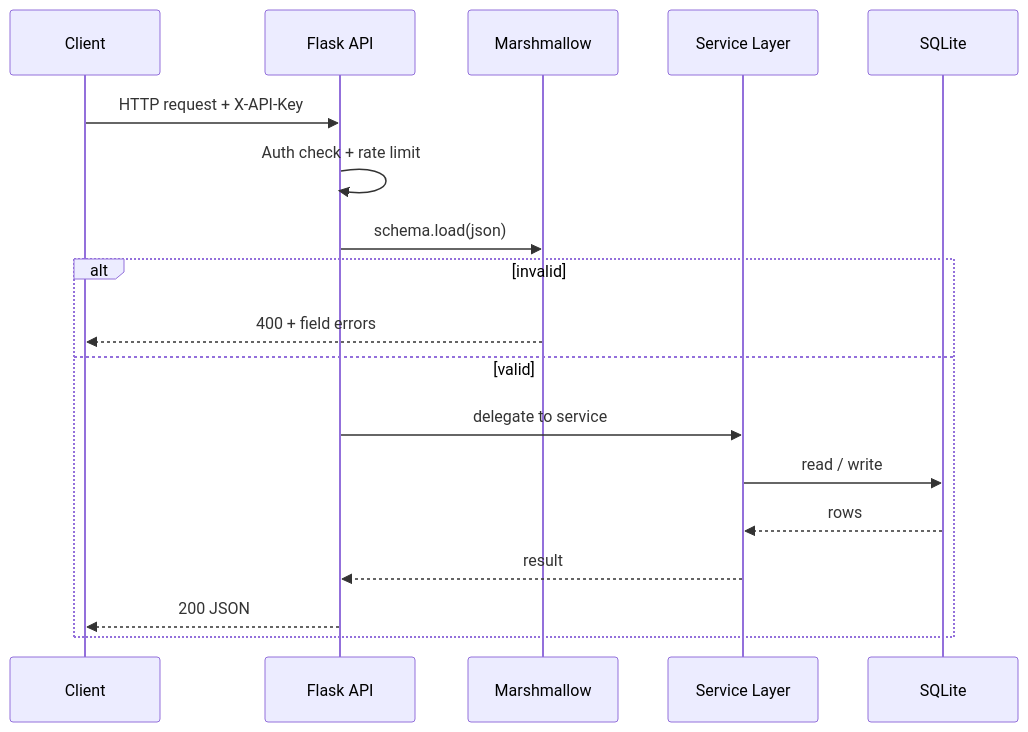
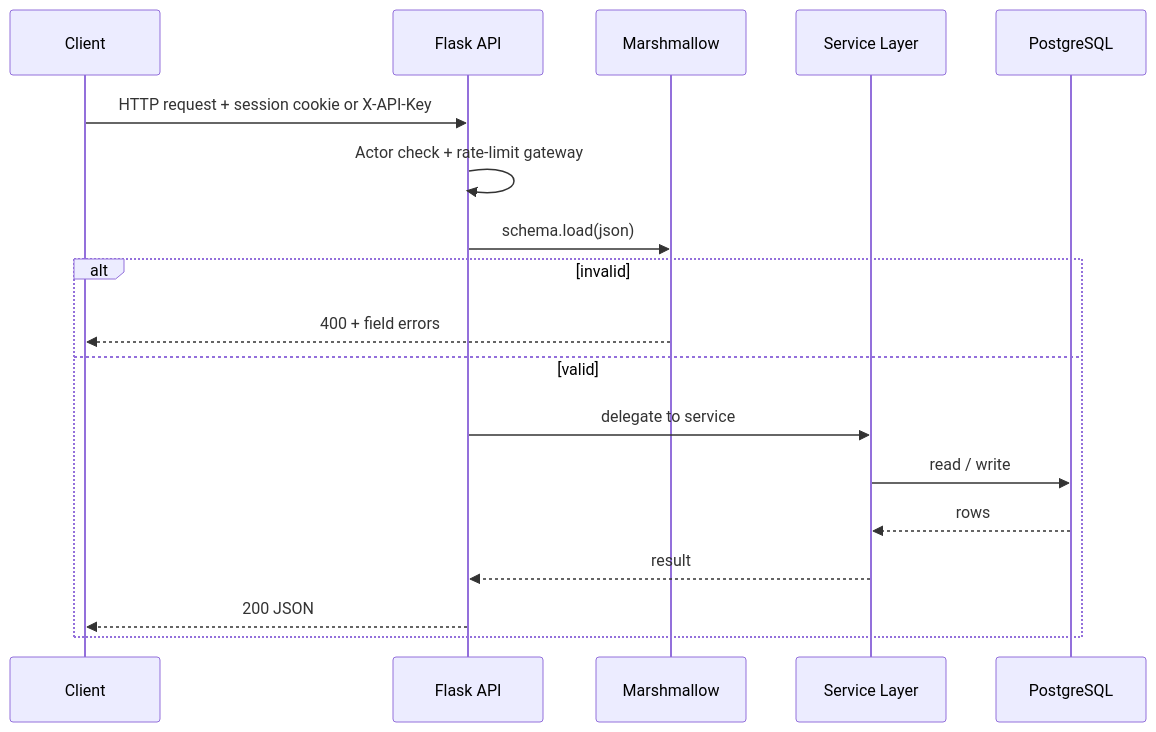
The second of 2 diagrams in README.md (ShantanuGarg2004/FinPilot), drawn with Mermaid before and after one commit. The commit also changed other lines of this file and 1 other file, not shown here.

````diff
--- a/README.md
+++ b/README.md
@@ -145,21 +155,21 @@
 ```mermaid
 sequenceDiagram
     participant C as Client
     participant API as Flask API
     participant SC as Marshmallow
     participant S as Service Layer
-    participant DB as SQLite
+    participant DB as PostgreSQL
 
-    C->>API: HTTP request + X-API-Key
-    API->>API: Auth check + rate limit
+    C->>API: HTTP request + session cookie or X-API-Key
+    API->>API: Actor check + rate-limit gateway
     API->>SC: schema.load(json)
     alt invalid
         SC-->>C: 400 + field errors
     else valid
         API->>S: delegate to service
         S->>DB: read / write
         DB-->>S: rows
         S-->>API: result
         API-->>C: 200 JSON
     end
 ```
````
